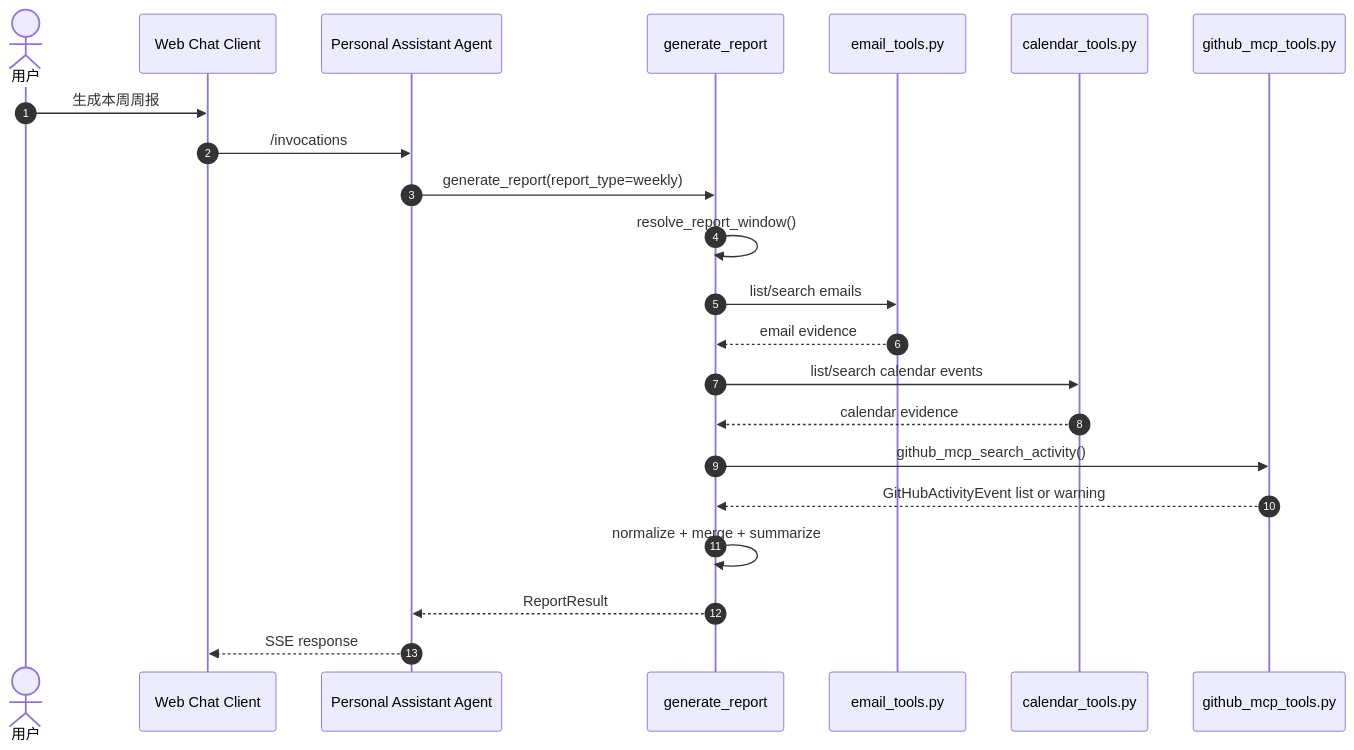
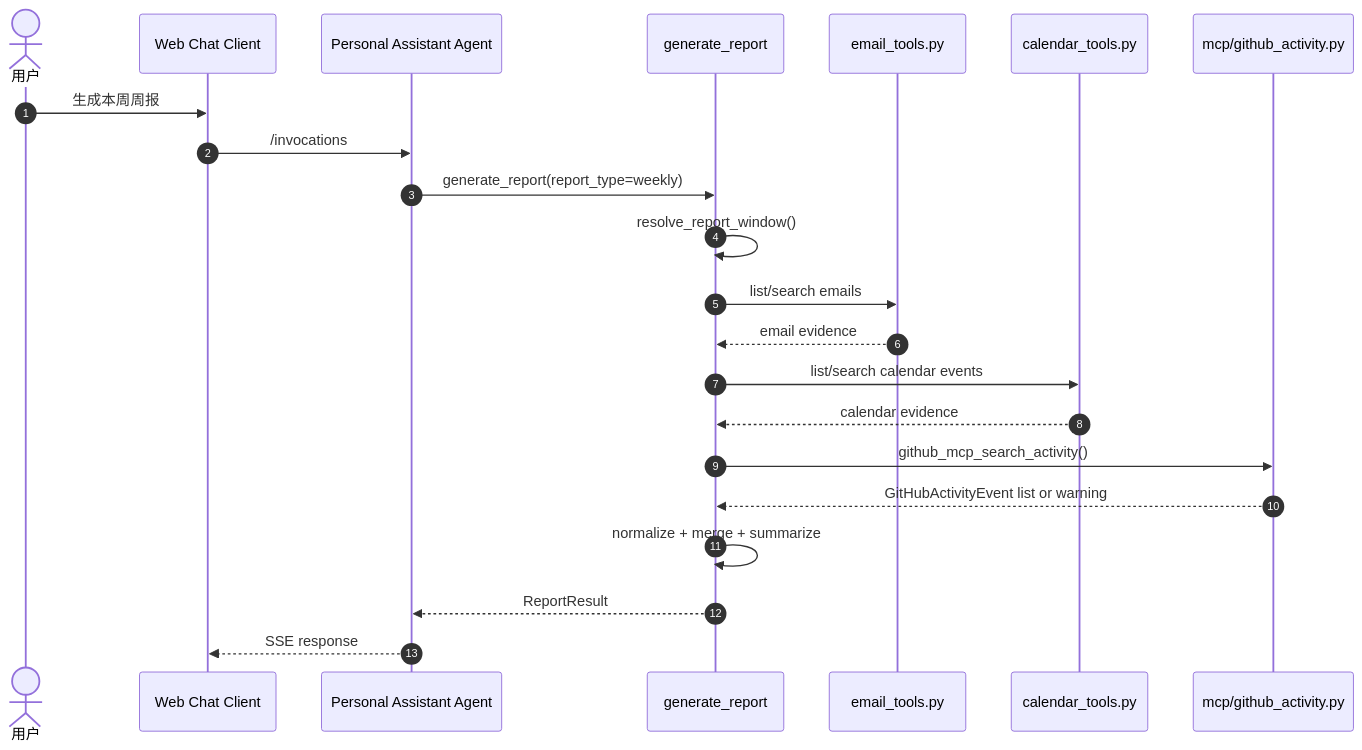
The second of 2 diagrams in personal-assistant-meta/issues/features/backlog/feature-18-report-root-capability/plan.md (T-1009/personal-assistant), drawn with Mermaid before and after one commit. The commit also changed other lines of this file and 3 other files, not shown here.

Commit message:
docs: expose curated GitHub activity tools

````diff
--- a/personal-assistant-meta/issues/features/backlog/feature-18-report-root-capability/plan.md
+++ b/personal-assistant-meta/issues/features/backlog/feature-18-report-root-capability/plan.md
@@ -85,25 +88,25 @@
 ```mermaid
 sequenceDiagram
     autonumber
     actor User as 用户
     participant Client as Web Chat Client
     participant Agent as Personal Assistant Agent
     participant Report as generate_report
     participant Email as email_tools.py
     participant Calendar as calendar_tools.py
-    participant GitHub as github_mcp_tools.py
+    participant GitHub as mcp/github_activity.py
 
     User->>Client: 生成本周周报
     Client->>Agent: /invocations
     Agent->>Report: generate_report(report_type=weekly)
     Report->>Report: resolve_report_window()
     Report->>Email: list/search emails
     Email-->>Report: email evidence
     Report->>Calendar: list/search calendar events
     Calendar-->>Report: calendar evidence
     Report->>GitHub: github_mcp_search_activity()
     GitHub-->>Report: GitHubActivityEvent list or warning
     Report->>Report: normalize + merge + summarize
     Report-->>Agent: ReportResult
     Agent-->>Client: SSE response
 ```
````
